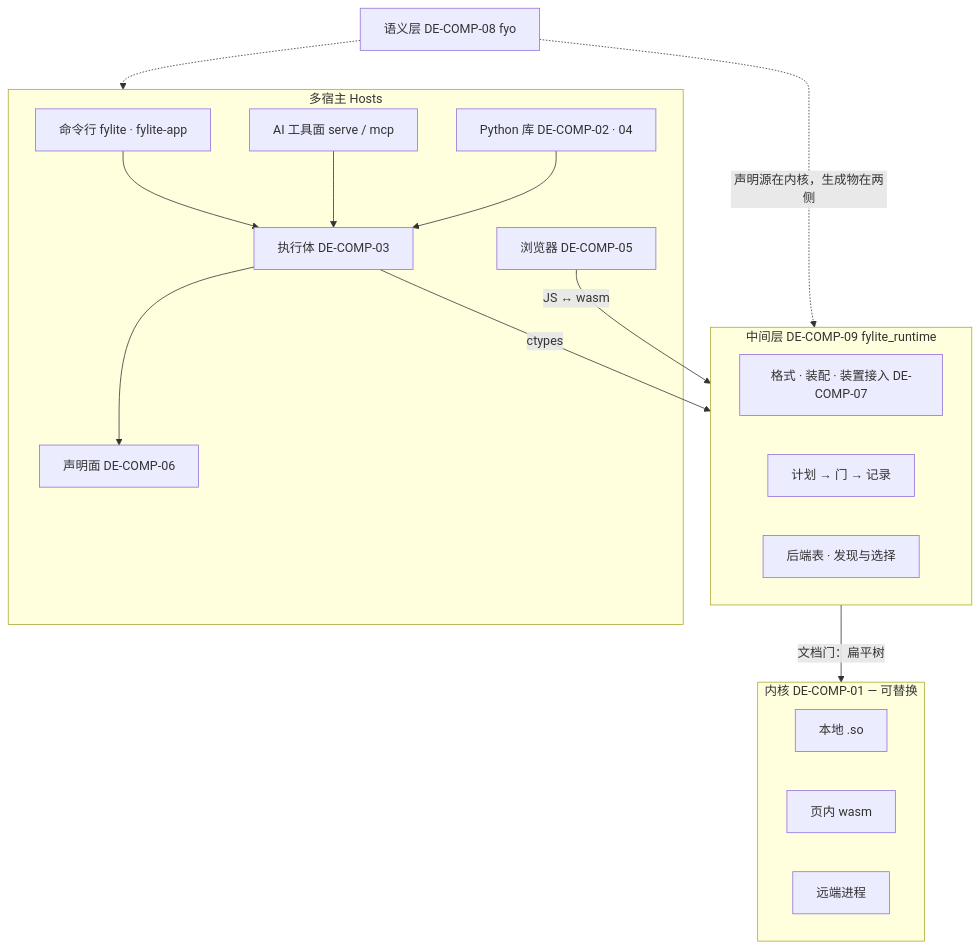
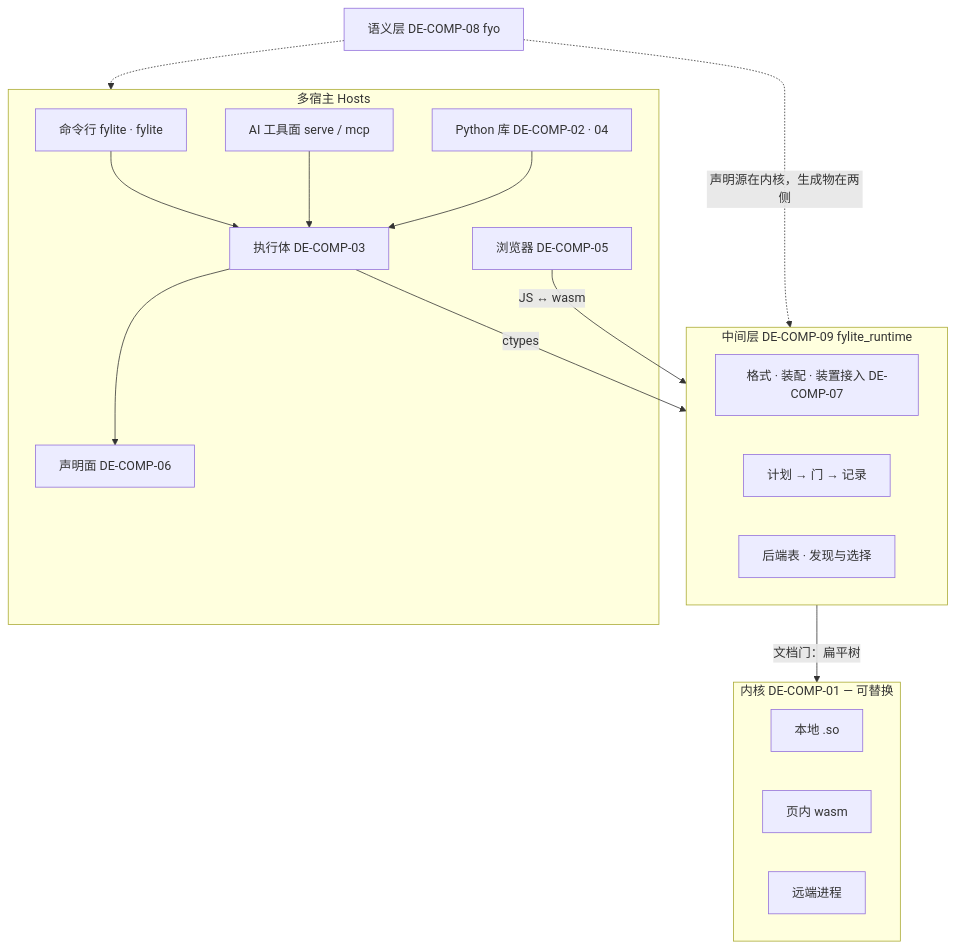
One commit to fusion-yun/fylite changed the diagram in docs/design/FYL-SDD-01.md. Above: the diagram before and after it, drawn with Mermaid. The commit also changed other lines of this file and 37 other files, not shown here.

````diff
--- a/docs/design/FYL-SDD-01.md
+++ b/docs/design/FYL-SDD-01.md
@@ -140,31 +140,31 @@
 ```{mermaid}
 flowchart TB
   subgraph H[多宿主 Hosts]
-    CLI[命令行 fylite · fylite-app]
+    CLI[命令行 fylite · fylite]
     PY[Python 库 DE-COMP-02 · 04]
     APP[浏览器 DE-COMP-05]
     AI[AI 工具面 serve / mcp]
     ENG[执行体 DE-COMP-03]
     DECL[声明面 DE-COMP-06]
   end
   subgraph M[中间层 DE-COMP-09 fylite_runtime]
     DATA[格式 · 装配 · 装置接入 DE-COMP-07]
     CASE[计划 → 门 → 记录]
     SEL[后端表 · 发现与选择]
   end
   subgraph K[内核 DE-COMP-01 — 可替换]
     SO[本地 .so]
     WASM[页内 wasm]
     REMOTE[远端进程]
   end
   FYO[语义层 DE-COMP-08 fyo]
   CLI --> ENG
   AI --> ENG
   PY --> ENG
   ENG --> DECL
   ENG -->|ctypes| M
   APP -->|JS ↔ wasm| M
   M -->|文档门：扁平树| K
   FYO -.声明源在内核，生成物在两侧.-> M
   FYO -.-> H
 ```
````
